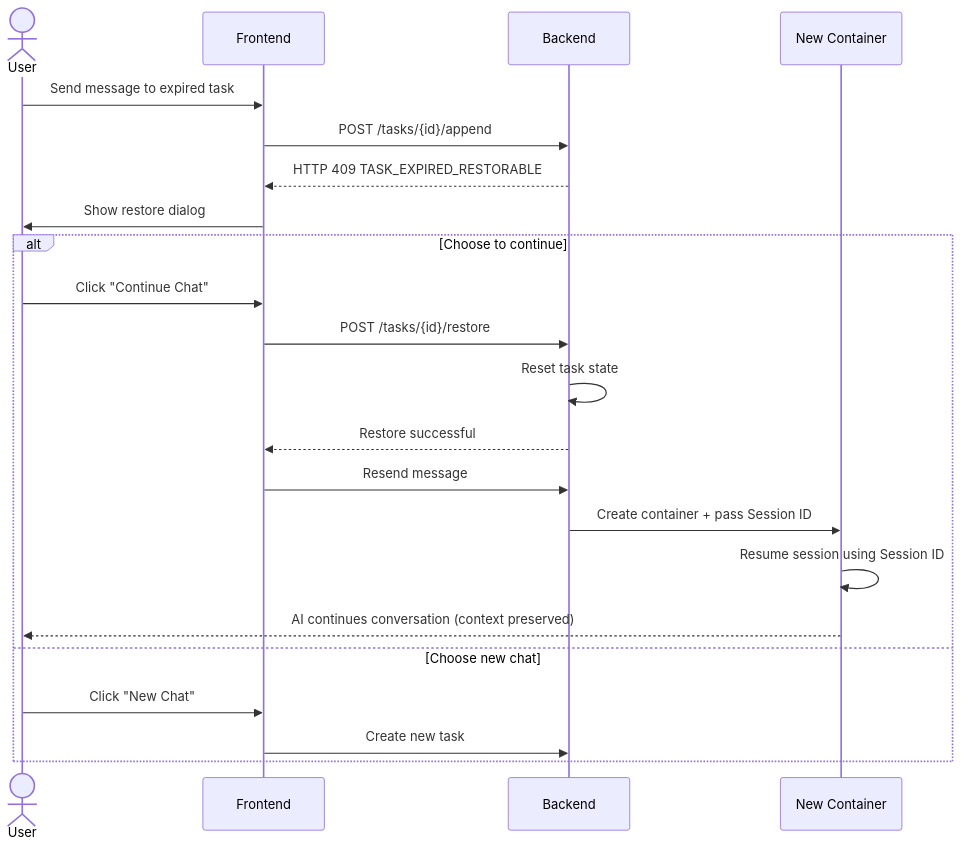
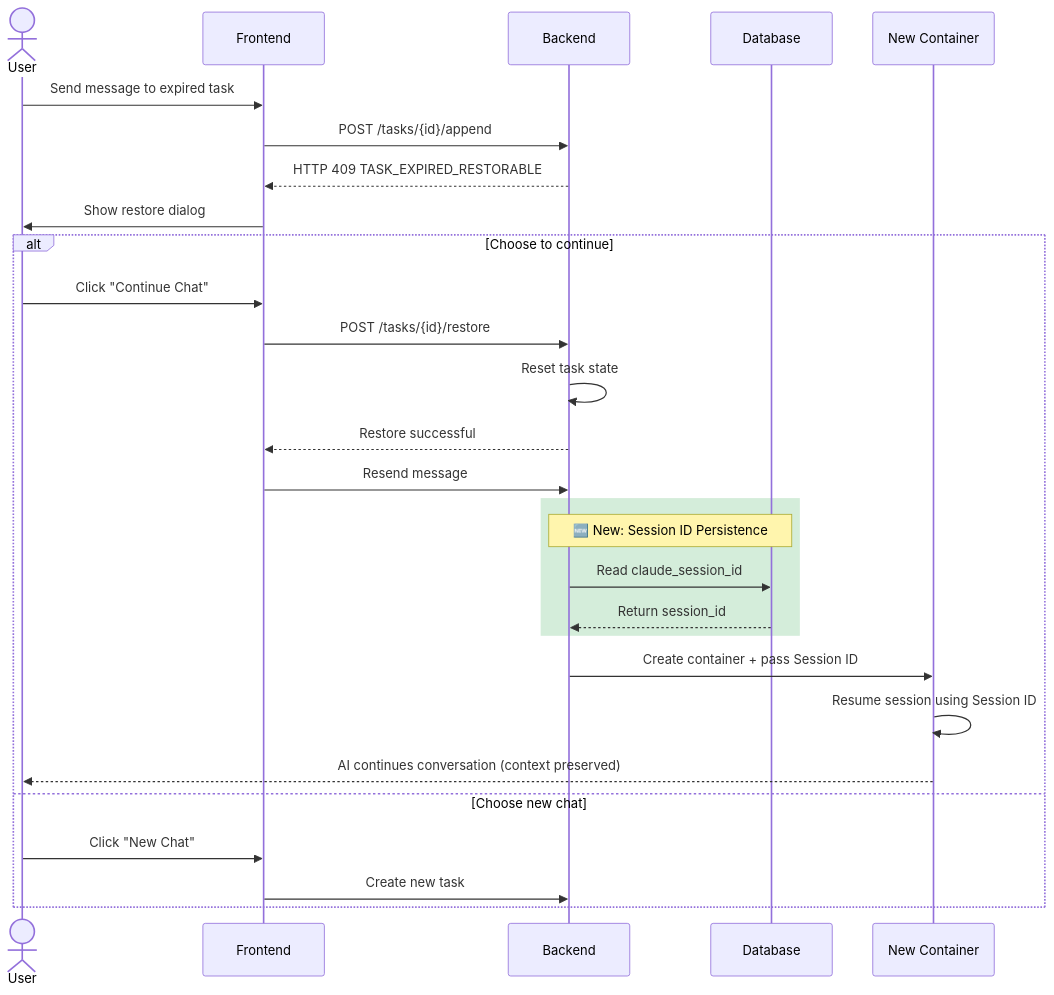
One commit to sunnights/Wegent changed the second of 8 diagrams in docs/en/features/task-restore.md. Above: the diagram before and after it, drawn with Mermaid. The commit also changed other lines of this file and 1 other file, not shown here.

First line of the commit message:
docs: highlight new features in Mermaid diagrams with green styling

````diff
--- a/docs/en/features/task-restore.md
+++ b/docs/en/features/task-restore.md
@@ -43,26 +47,32 @@
 ```mermaid
 sequenceDiagram
     actor User
     participant Frontend
     participant Backend
+    participant Database
     participant NewContainer as New Container
 
     User->>Frontend: Send message to expired task
     Frontend->>Backend: POST /tasks/{id}/append
     Backend-->>Frontend: HTTP 409 TASK_EXPIRED_RESTORABLE
     Frontend->>User: Show restore dialog
 
     alt Choose to continue
         User->>Frontend: Click "Continue Chat"
         Frontend->>Backend: POST /tasks/{id}/restore
         Backend->>Backend: Reset task state
         Backend-->>Frontend: Restore successful
         Frontend->>Backend: Resend message
+        rect rgb(212, 237, 218)
+            Note over Backend,Database: 🆕 New: Session ID Persistence
+            Backend->>Database: Read claude_session_id
+            Database-->>Backend: Return session_id
+        end
         Backend->>NewContainer: Create container + pass Session ID
         NewContainer->>NewContainer: Resume session using Session ID
         NewContainer-->>User: AI continues conversation (context preserved)
     else Choose new chat
         User->>Frontend: Click "New Chat"
         Frontend->>Backend: Create new task
     end
 ```
````
